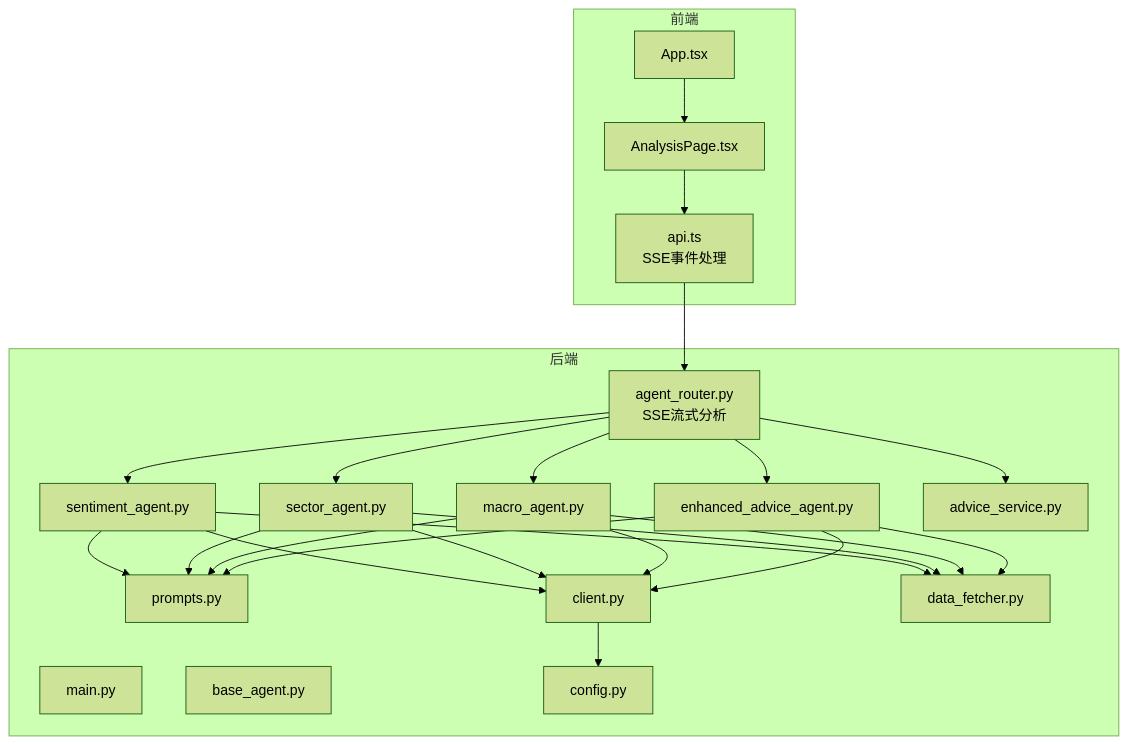
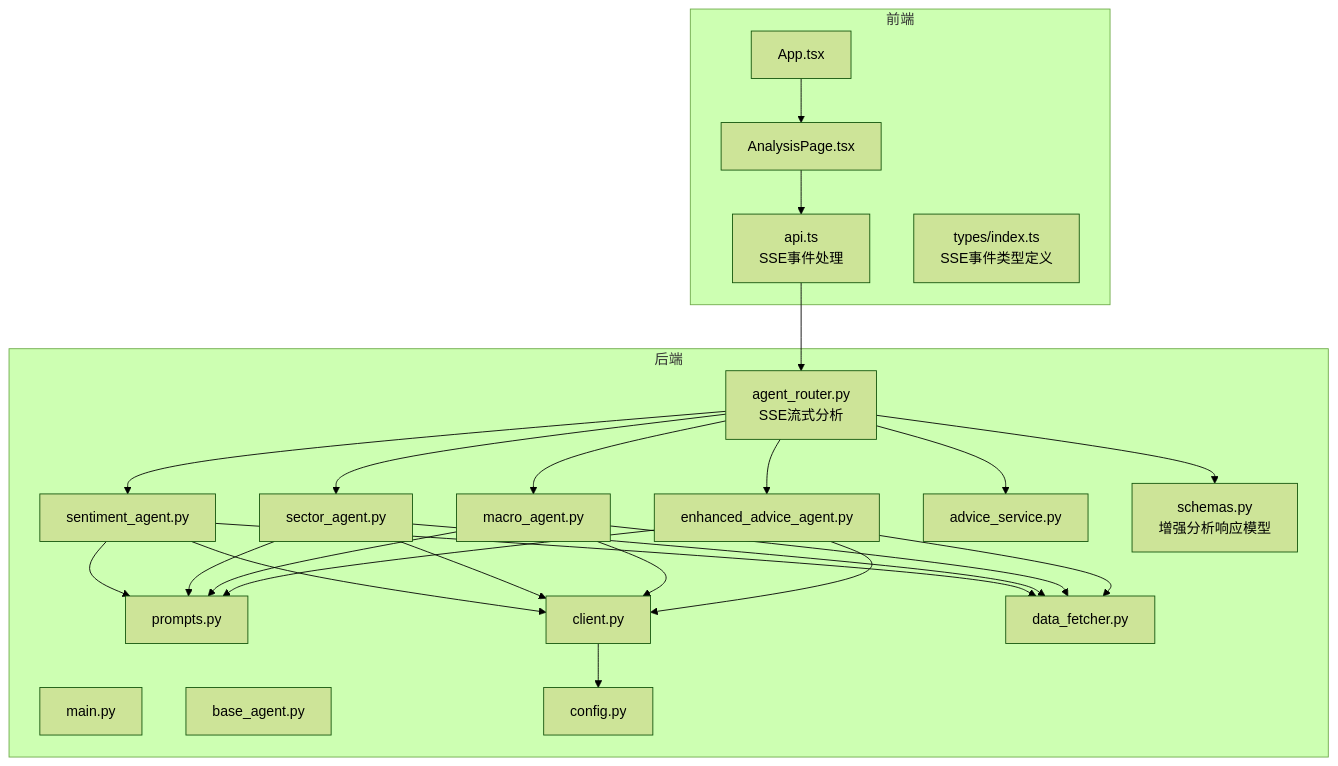
The first of 9 diagrams in .qoder/repowiki/zh/content/架构设计/后端架构设计/AI提示词优化.md (Moruime/stock_foker), drawn with Mermaid (forest theme) before and after one commit. The commit also changed other lines of this file and 5 other files, not shown here.

````diff
--- a/.qoder/repowiki/zh/content/架构设计/后端架构设计/AI提示词优化.md
+++ b/.qoder/repowiki/zh/content/架构设计/后端架构设计/AI提示词优化.md
@@ -63,43 +66,46 @@
 ```mermaid
 graph TB
 subgraph "前端"
 FE_App["App.tsx"]
 FE_Page["AnalysisPage.tsx"]
 FE_API["api.ts<br/>SSE事件处理"]
+FE_TYPES["types/index.ts<br/>SSE事件类型定义"]
 end
 subgraph "后端"
 BE_Main["main.py"]
 BE_Router["agent_router.py<br/>SSE流式分析"]
 BE_AgentBase["base_agent.py"]
 BE_Sentiment["sentiment_agent.py"]
 BE_Sector["sector_agent.py"]
 BE_Macro["macro_agent.py"]
 BE_Advance["enhanced_advice_agent.py"]
 BE_LLM["prompts.py"]
 BE_Client["client.py"]
 BE_Config["config.py"]
 BE_Data["data_fetcher.py"]
 BE_Tech["advice_service.py"]
+BE_Schemas["schemas.py<br/>增强分析响应模型"]
 end
 FE_App --> FE_Page
 FE_Page --> FE_API
 FE_API --> BE_Router
 BE_Router --> BE_Sentiment
 BE_Router --> BE_Sector
 BE_Router --> BE_Macro
 BE_Router --> BE_Advance
 BE_Sentiment --> BE_LLM
 BE_Sector --> BE_LLM
 BE_Macro --> BE_LLM
 BE_Advance --> BE_LLM
 BE_Sentiment --> BE_Data
 BE_Sector --> BE_Data
 BE_Macro --> BE_Data
 BE_Advance --> BE_Data
 BE_Sentiment --> BE_Client
 BE_Sector --> BE_Client
 BE_Macro --> BE_Client
 BE_Advance --> BE_Client
 BE_Client --> BE_Config
 BE_Router --> BE_Tech
+BE_Router --> BE_Schemas
 ```
````
